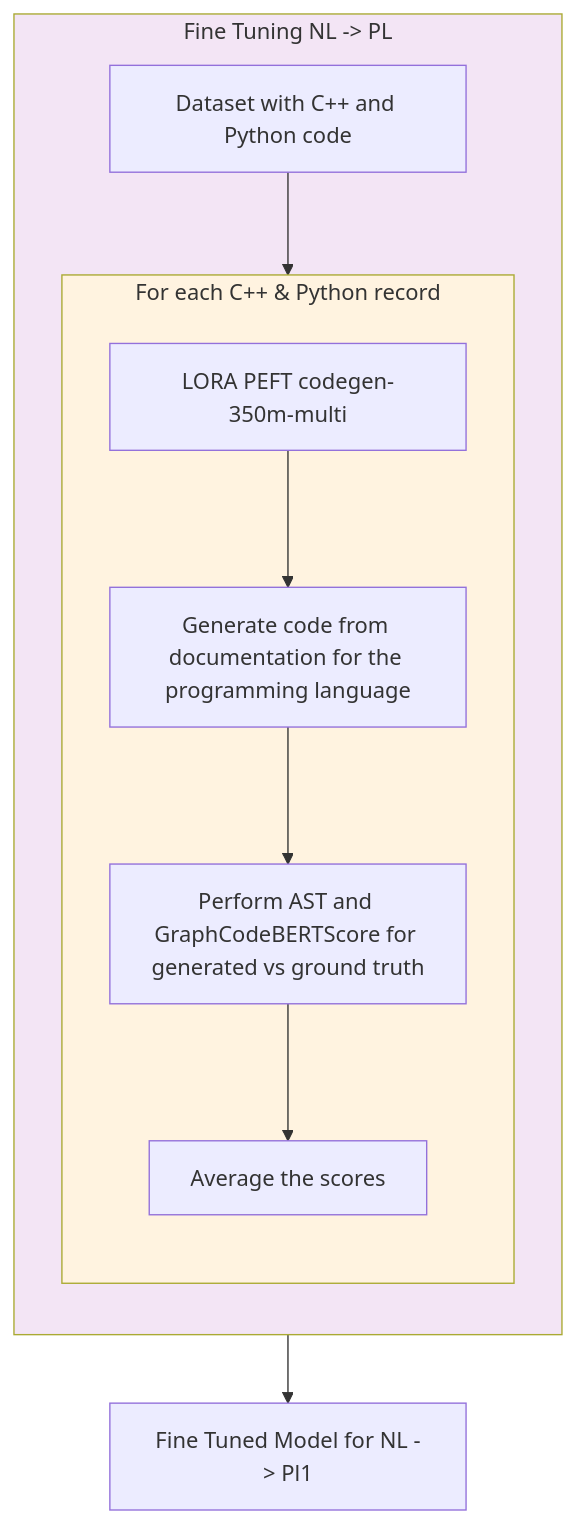
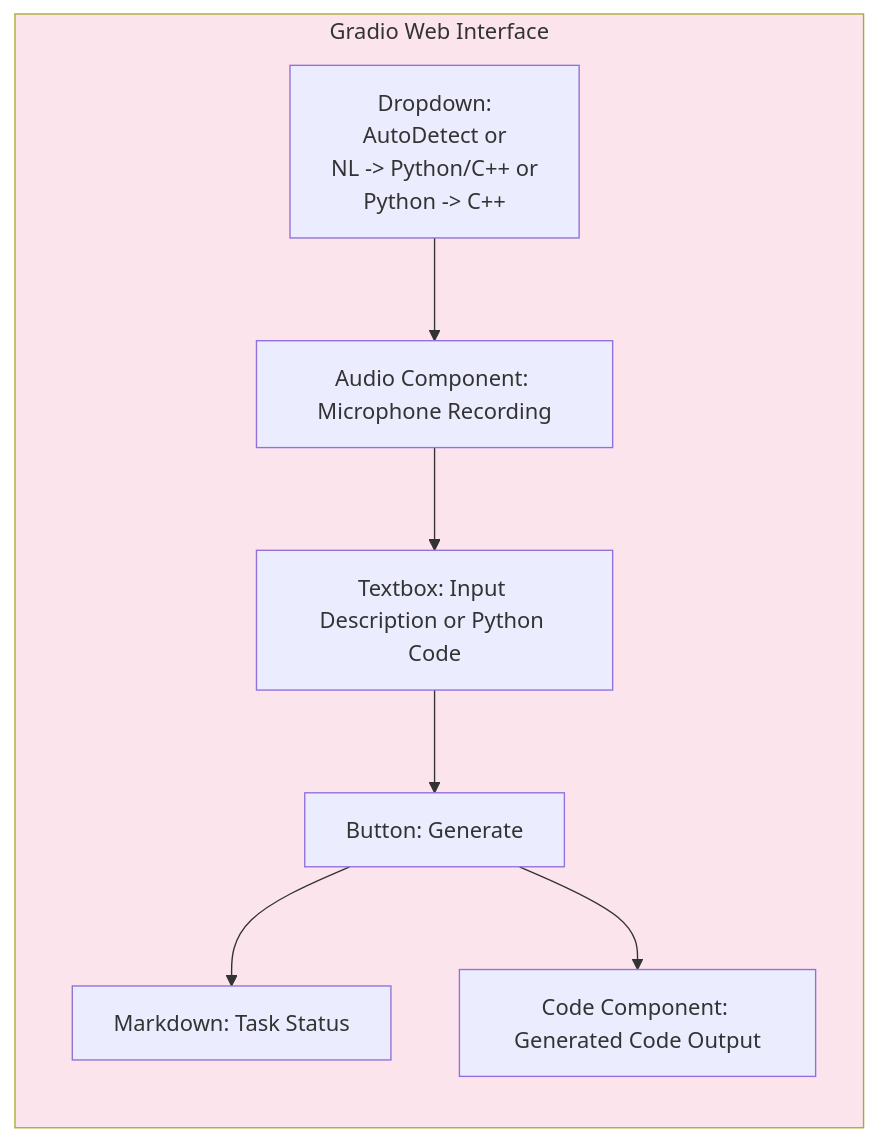
One commit to nayanjha16/CodeGen-Implementations-May_26 changed the fifth of 7 diagrams in Group-30/Architecture/Diagrams.md. Above: the diagram before and after it, drawn with Mermaid. The commit also changed other lines of this file, not shown here.

````diff
--- a/Group-30/Architecture/Diagrams.md
+++ b/Group-30/Architecture/Diagrams.md
@@ -79,17 +458,20 @@
 ```mermaid
-flowchart TD
-    subgraph Training[Fine Tuning NL -> PL]
-        A[Dataset with C++ and Python code] --> B[LORA PEFT codegen-350m-multi]
+flowchart TB
+    subgraph GradioUI[Gradio Web Interface]
         direction TB
-        subgraph PerRecord[For each C++ & Python record]
-            direction TB
-            B --> C[Generate code from documentation for the programming language]
-            C --> D[Perform AST and GraphCodeBERTScore for generated vs ground truth]
-            D --> E[Average the scores]
-        end
+        TaskSelector[Dropdown: <br>AutoDetect or <br>NL -> Python/C++ or <br>Python -> C++]
+        AudioInput[Audio Component: Microphone Recording]
+        TextInput[Textbox: Input Description or Python Code]
+        GenerateBtn[Button: Generate]
+        StatusMsg[Markdown: Task Status]
+        CodeOutput[Code Component: Generated Code Output]
+        
+        TaskSelector --> AudioInput
+        AudioInput --> TextInput
+        TextInput --> GenerateBtn
+        GenerateBtn --> StatusMsg
+        GenerateBtn --> CodeOutput
     end
 
-    style Training fill:#f3e5f5
-    style PerRecord fill:#fff3e0
-    E --> F[Fine Tuned Model for NL -> Pl1]
+    style GradioUI fill:#fce4ec
 ```
````
